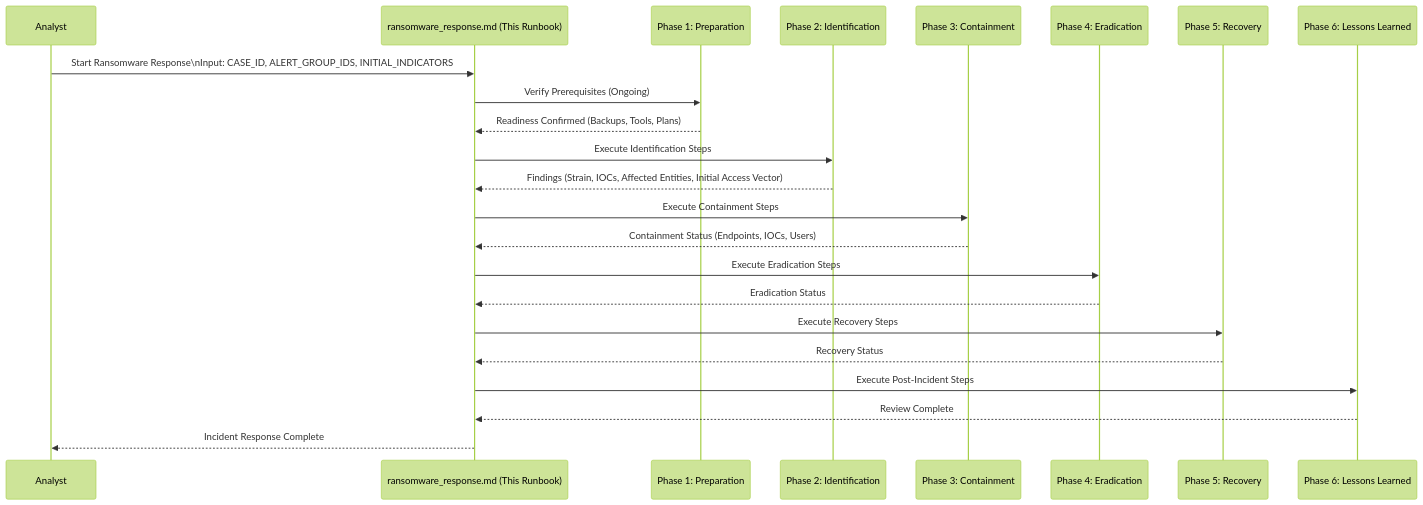
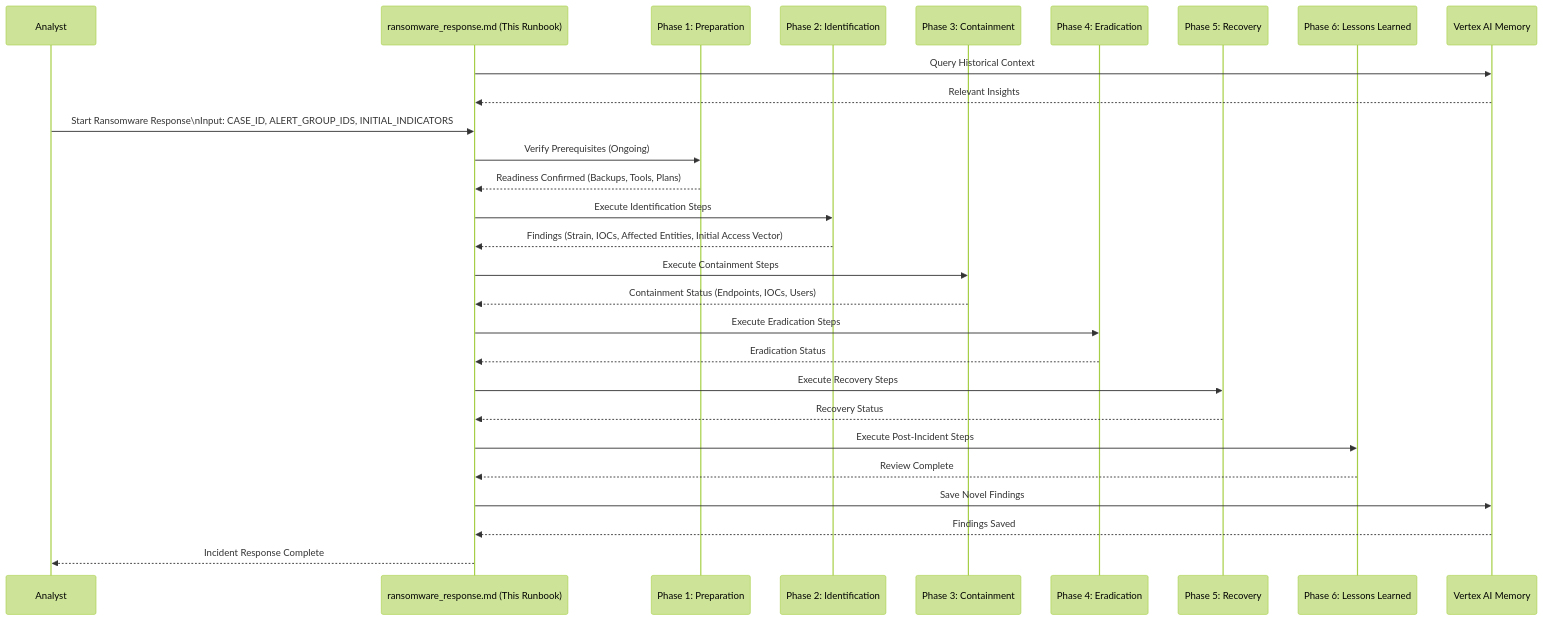
The diagram in rules-bank/run_books/irps/ransomware_response.md (dandye/adk_runbooks), drawn with Mermaid (forest theme) before and after one commit. The commit also changed other lines of this file and 125 other files, not shown here.

````diff
--- a/rules-bank/run_books/irps/ransomware_response.md
+++ b/rules-bank/run_books/irps/ransomware_response.md
@@ -45,33 +45,42 @@
 ```{mermaid}
 sequenceDiagram
     participant Analyst
     participant IRP as ransomware_response.md (This Runbook)
     participant Preparation as Phase 1: Preparation
     participant Identification as Phase 2: Identification
     participant Containment as Phase 3: Containment
     participant Eradication as Phase 4: Eradication
     participant Recovery as Phase 5: Recovery
     participant LessonsLearned as Phase 6: Lessons Learned
+    participant Memory as Vertex AI Memory
 
+
+    %% Step: Query Memory Context
+    IRP->>Memory: Query Historical Context
+    Memory-->>IRP: Relevant Insights
     Analyst->>IRP: Start Ransomware Response\nInput: CASE_ID, ALERT_GROUP_IDS, INITIAL_INDICATORS
 
     IRP->>Preparation: Verify Prerequisites (Ongoing)
     Preparation-->>IRP: Readiness Confirmed (Backups, Tools, Plans)
 
     IRP->>Identification: Execute Identification Steps
     Identification-->>IRP: Findings (Strain, IOCs, Affected Entities, Initial Access Vector)
 
     IRP->>Containment: Execute Containment Steps
     Containment-->>IRP: Containment Status (Endpoints, IOCs, Users)
 
     IRP->>Eradication: Execute Eradication Steps
     Eradication-->>IRP: Eradication Status
 
     IRP->>Recovery: Execute Recovery Steps
     Recovery-->>IRP: Recovery Status
 
     IRP->>LessonsLearned: Execute Post-Incident Steps
     LessonsLearned-->>IRP: Review Complete
 
+
+    %% Step: Save Findings to Memory
+    IRP->>Memory: Save Novel Findings
+    Memory-->>IRP: Findings Saved
     IRP-->>Analyst: Incident Response Complete
 ```
````
